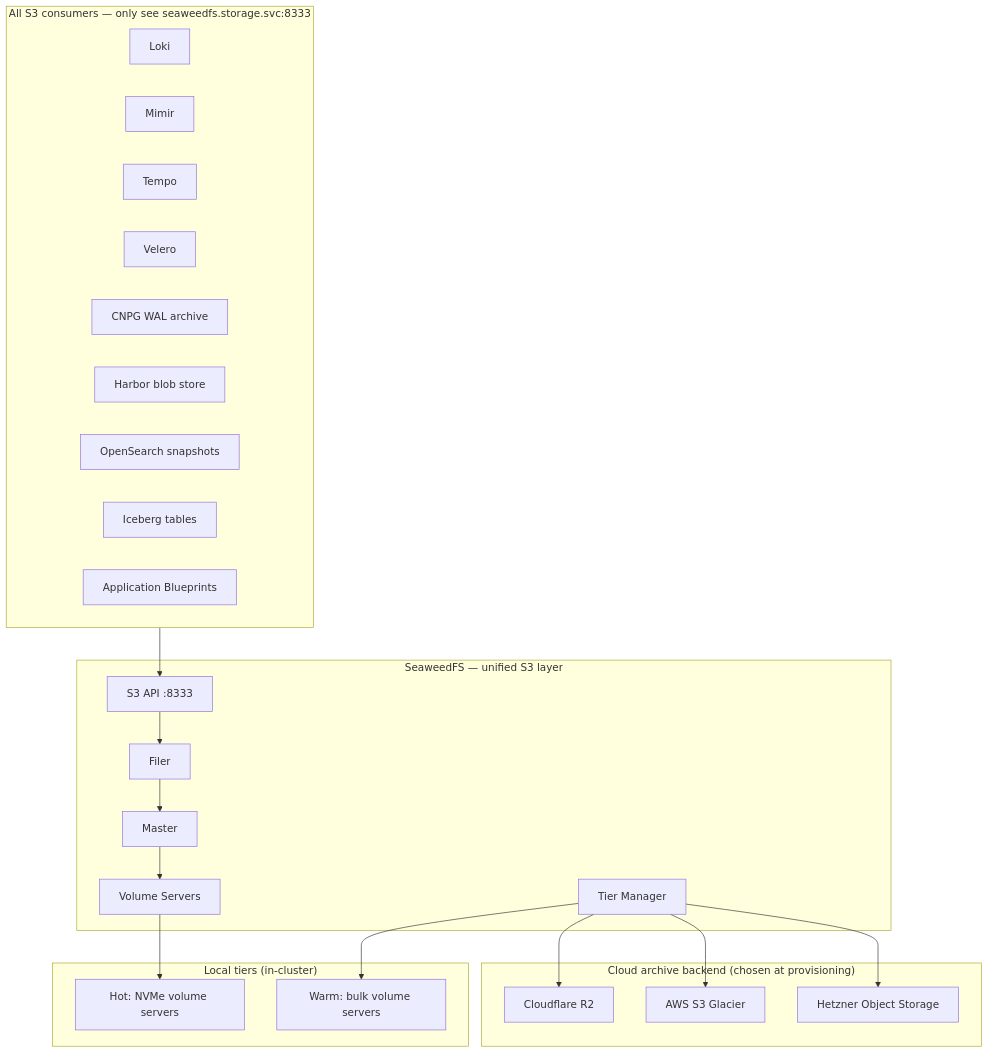
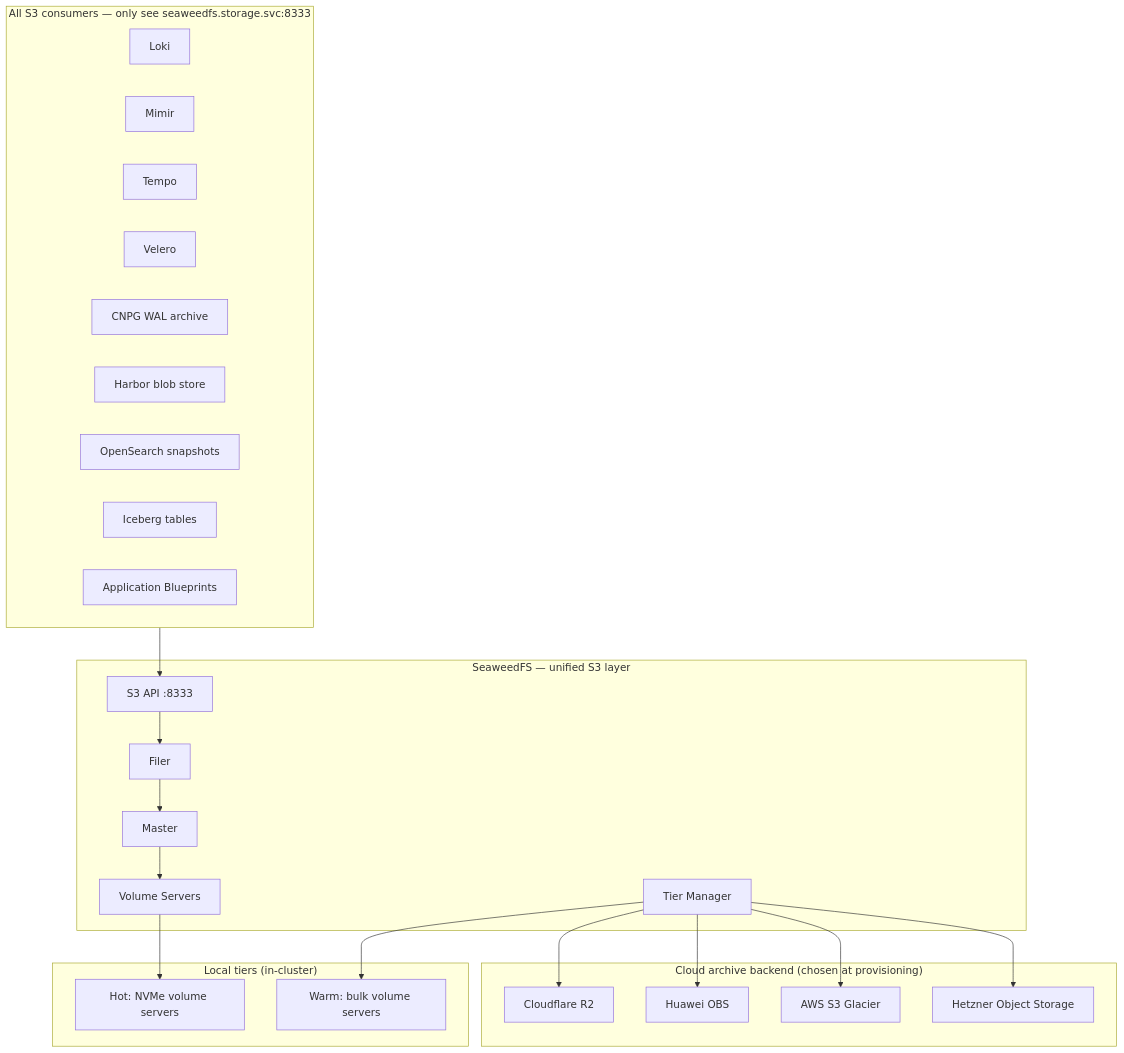
Before and after one commit to openova-io/openova: the first of 2 diagrams in platform/seaweedfs/README.md, drawn with Mermaid. The commit also changed other lines of this file and 101 other files, not shown here.

````diff
--- a/platform/seaweedfs/README.md
+++ b/platform/seaweedfs/README.md
@@ -38,43 +38,45 @@
 ```mermaid
 flowchart TB
     subgraph SeaweedFS["SeaweedFS — unified S3 layer"]
         S3API[S3 API :8333]
         Filer[Filer]
         Master[Master]
         Volumes[Volume Servers]
         TierMgr[Tier Manager]
     end
 
     subgraph LocalTiers["Local tiers (in-cluster)"]
         Hot[Hot: NVMe volume servers]
         Warm[Warm: bulk volume servers]
     end
 
     subgraph CloudArchive["Cloud archive backend (chosen at provisioning)"]
         R2[Cloudflare R2]
+        OBS[Huawei OBS]
         S3G[AWS S3 Glacier]
         Hetzner[Hetzner Object Storage]
     end
 
     subgraph Consumers["All S3 consumers — only see seaweedfs.storage.svc:8333"]
         Loki[Loki]
         Mimir[Mimir]
         Tempo[Tempo]
         Velero[Velero]
         CNPG[CNPG WAL archive]
         Harbor[Harbor blob store]
         OpenSearch[OpenSearch snapshots]
         Iceberg[Iceberg tables]
         Apps[Application Blueprints]
     end
 
     Consumers --> S3API
     S3API --> Filer
     Filer --> Master
     Master --> Volumes
     Volumes --> Hot
     TierMgr --> Warm
     TierMgr --> R2
+    TierMgr --> OBS
     TierMgr --> S3G
     TierMgr --> Hetzner
 ```
````
